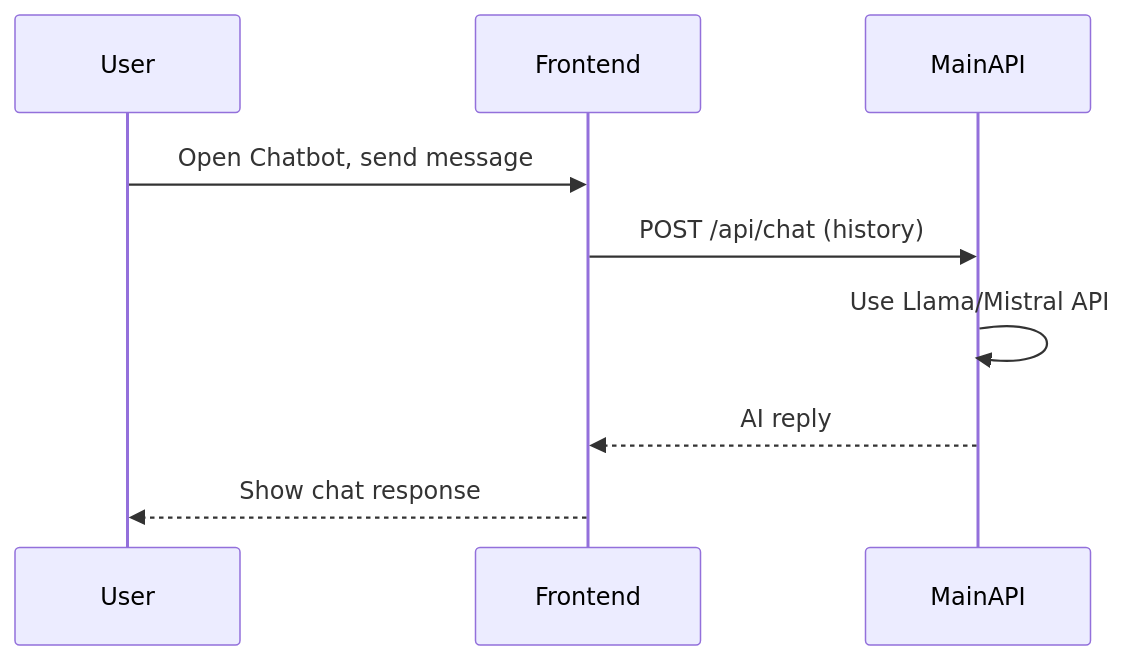
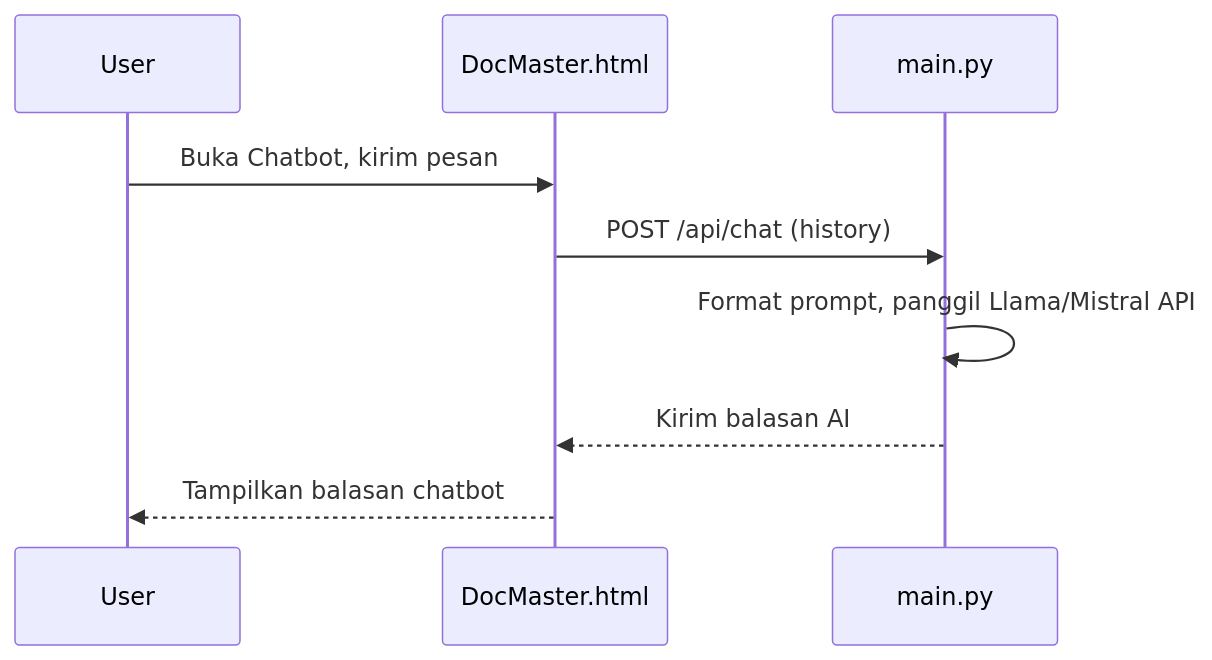
The fifth of 5 diagrams in DocMaster_Flowchart.md (Ascalon984/DocFusionn), drawn with Mermaid before and after one commit. The commit also changed other lines of this file, not shown here.

````diff
--- a/DocMaster_Flowchart.md
+++ b/DocMaster_Flowchart.md
@@ -109,8 +70,11 @@
 ```mermaid
 sequenceDiagram
-    User->>Frontend: Open Chatbot, send message
+    participant User
+    participant Frontend as DocMaster.html
+    participant MainAPI as main.py
+    User->>Frontend: Buka Chatbot, kirim pesan
     Frontend->>MainAPI: POST /api/chat (history)
-    MainAPI->>MainAPI: Use Llama/Mistral API
-    MainAPI-->>Frontend: AI reply
-    Frontend-->>User: Show chat response
+    MainAPI->>MainAPI: Format prompt, panggil Llama/Mistral API
+    MainAPI-->>Frontend: Kirim balasan AI
+    Frontend-->>User: Tampilkan balasan chatbot
 ```
````
